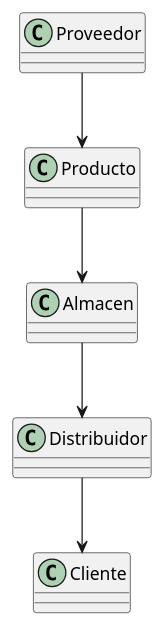
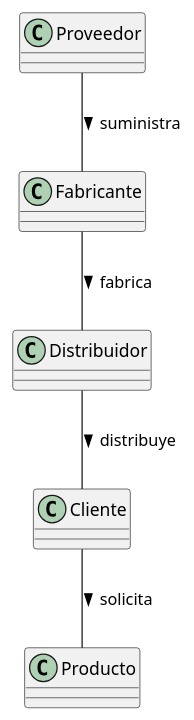
Before and after one commit to mmasias/24-25-IdSw1: the diagram in entregas/bayasAnibal/entrega-003/CadenaDeSuministros.puml, drawn with PlantUML.

```diff
--- a/entregas/bayasAnibal/entrega-003/CadenaDeSuministros.puml
+++ b/entregas/bayasAnibal/entrega-003/CadenaDeSuministros.puml
@@ -1,21 +1,23 @@
 @startuml
-class Proveedor{
+
+class Proveedor {
 }
 
-class Producto{
+class Fabricante {
 }
 
-class Almacen{
+class Distribuidor {
 }
 
-class Distribuidor{
+class Cliente {
 }
 
-class Cliente{
+class Producto {
 }
 
-Proveedor --> Producto
-Producto --> Almacen
-Almacen --> Distribuidor
-Distribuidor --> Cliente
+Proveedor  --  Fabricante : suministra >
+Fabricante --  Distribuidor : fabrica >
+Distribuidor  --  Cliente : distribuye >
+Cliente  --  Producto : solicita >
+
 @enduml
```
